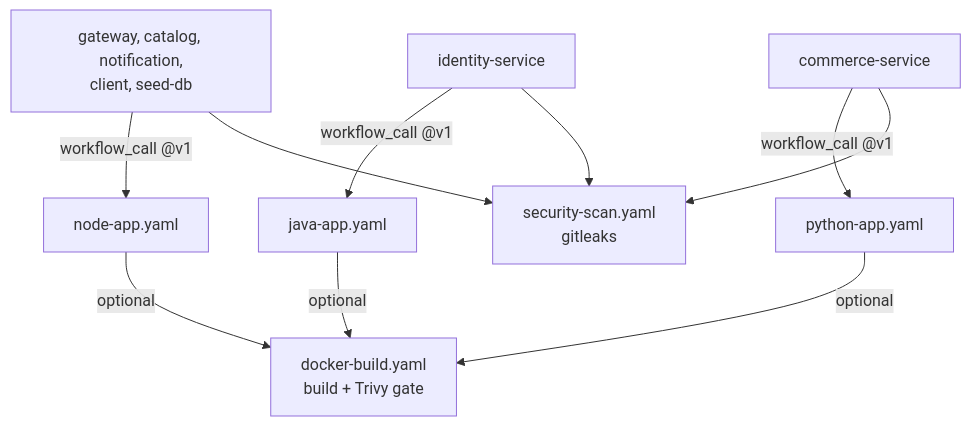
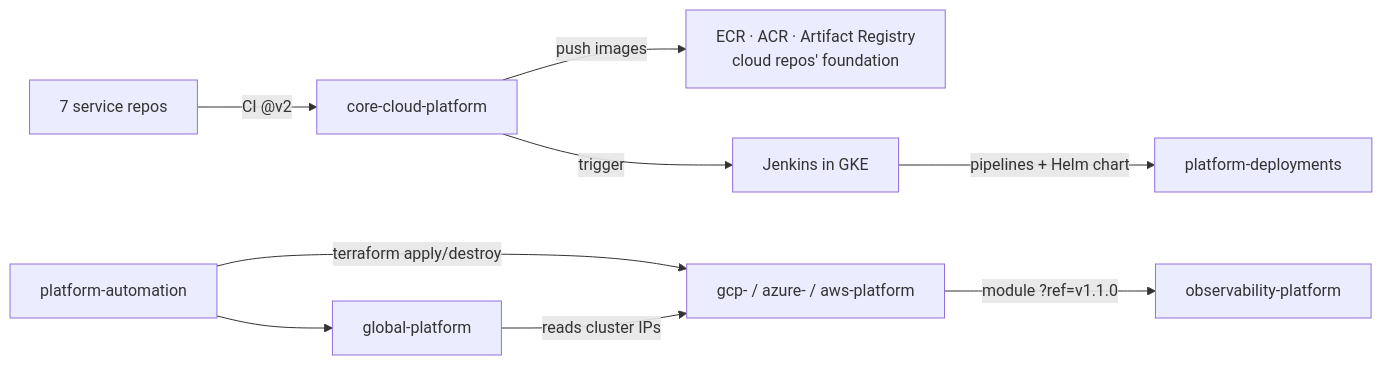
Before and after one commit to ppmcad16a-cloud-platform/.github: the second of 2 diagrams in profile/README.md, drawn with Mermaid. The commit also changed other lines of this file, not shown here.

Commit message:
docs: final README (purpose, usage, dependencies); remove build-plan wording from comments (#1)

````diff
--- a/profile/README.md
+++ b/profile/README.md
@@ -72,8 +46,11 @@
 ```mermaid
-flowchart TB
-    NodeSvc[gateway, catalog, notification,\nclient, seed-db] -->|workflow_call @v1| Node[node-app.yaml]
-    Identity[identity-service] -->|workflow_call @v1| Java[java-app.yaml]
-    Commerce[commerce-service] -->|workflow_call @v1| Py[python-app.yaml]
-    Node & Java & Py -->|optional| Docker[docker-build.yaml\nbuild + Trivy gate]
-    NodeSvc & Identity & Commerce --> Sec[security-scan.yaml\ngitleaks]
+flowchart LR
+    SVC[7 service repos] -->|CI @v2| CORE[core-cloud-platform]
+    CORE -->|push images| REG[ECR · ACR · Artifact Registry<br/>cloud repos' foundation]
+    CORE -->|trigger| JK[Jenkins in GKE]
+    JK -->|pipelines + Helm chart| PD[platform-deployments]
+    AUTO[platform-automation] -->|terraform apply/destroy| CLOUD[gcp- / azure- / aws-platform]
+    AUTO --> GLOBAL[global-platform]
+    CLOUD -->|module ?ref=v1.1.0| OBS[observability-platform]
+    GLOBAL -->|reads cluster IPs| CLOUD
 ```
````
